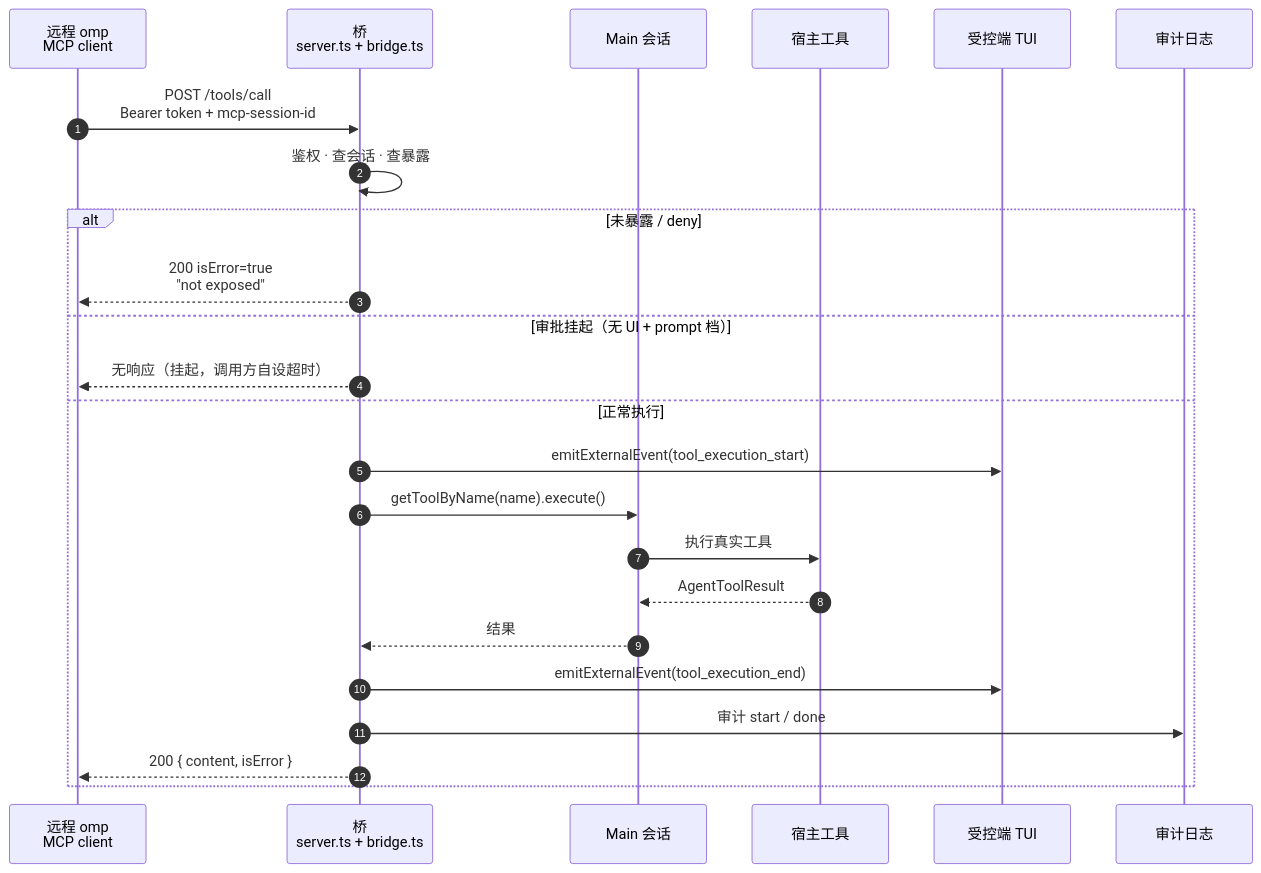
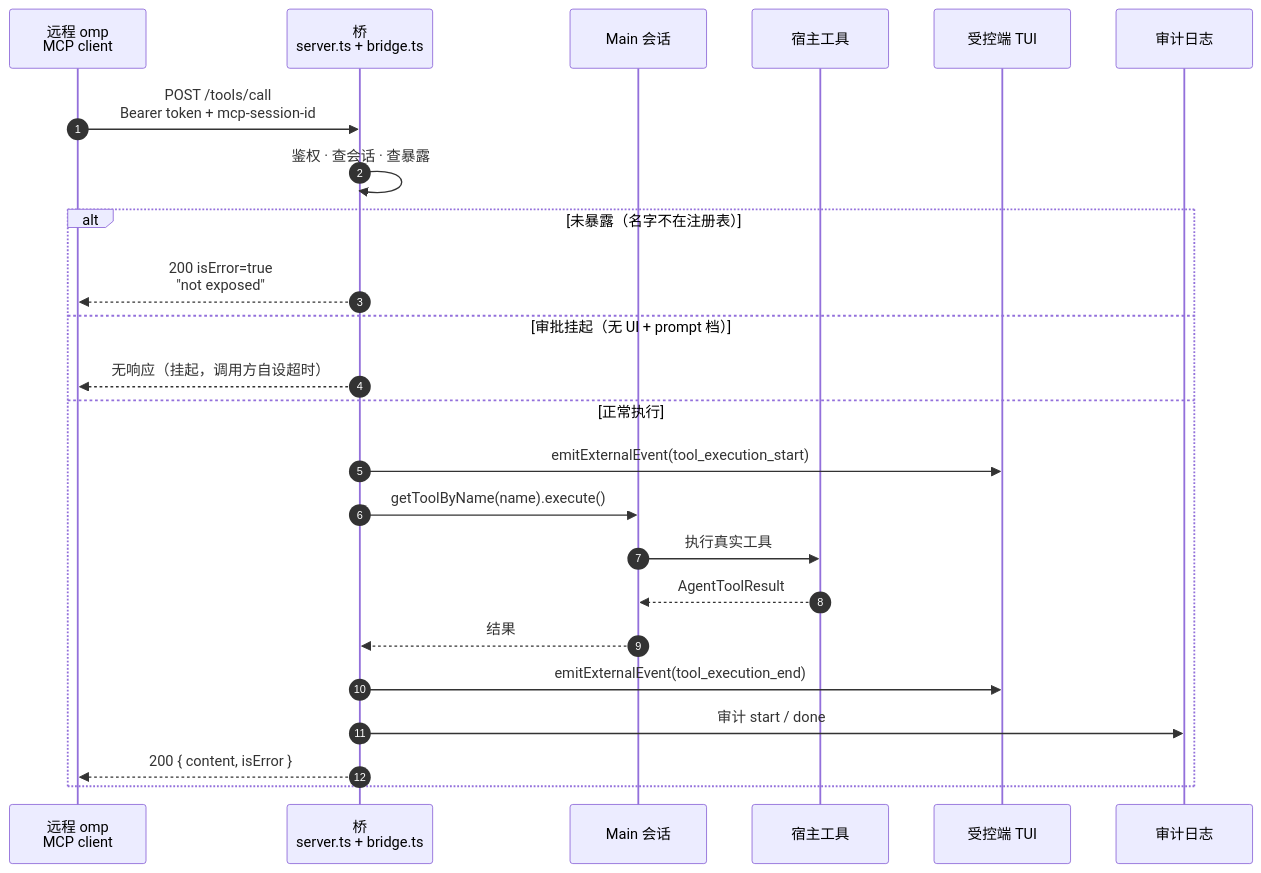
Before and after one commit to adam-ikari/pi-a2a-ext: the diagram in docs/protocol.md, drawn with Mermaid. The commit also changed other lines of this file and 24 other files, not shown here.

````diff
--- a/docs/protocol.md
+++ b/docs/protocol.md
@@ -104,27 +104,27 @@
 ```mermaid
 sequenceDiagram
     autonumber
     participant C as 远程 omp<br/>MCP client
     participant B as 桥<br/>server.ts + bridge.ts
     participant S as Main 会话
     participant T as 宿主工具
     participant U as 受控端 TUI
     participant A as 审计日志
 
     C->>B: POST /tools/call<br/>Bearer token + mcp-session-id
     B->>B: 鉴权 · 查会话 · 查暴露
-    alt 未暴露 / deny
+    alt 未暴露（名字不在注册表）
         B-->>C: 200 isError=true<br/>"not exposed"
     else 审批挂起（无 UI + prompt 档）
         B-->>C: 无响应（挂起，调用方自设超时）
     else 正常执行
         B->>U: emitExternalEvent(tool_execution_start)
         B->>S: getToolByName(name).execute()
         S->>T: 执行真实工具
         T-->>S: AgentToolResult
         S-->>B: 结果
         B->>U: emitExternalEvent(tool_execution_end)
         B->>A: 审计 start / done
         B-->>C: 200 { content, isError }
     end
 ```
````
